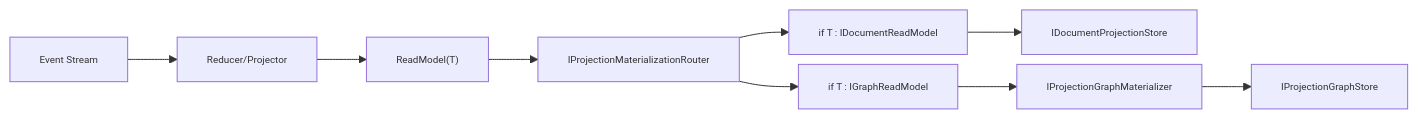
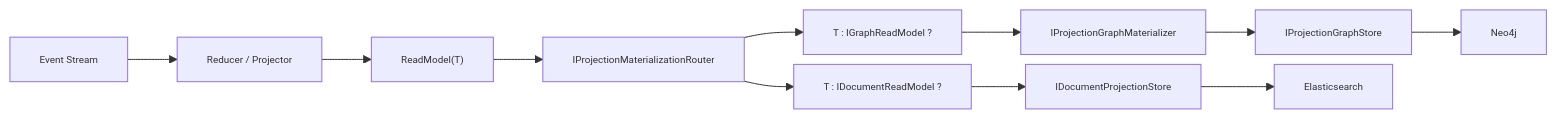
Before and after one commit to aevatarAI/aevatar: the first of 3 diagrams in docs/architecture/projection-readmodel-full-refactor-plan-2026-02-24.md, drawn with Mermaid. The commit also changed other lines of this file and 9 other files, not shown here.

First line of the commit message:
Refactor Neo4j Provider and Update Projection ReadModel Documentation

````diff
--- a/docs/architecture/projection-readmodel-full-refactor-plan-2026-02-24.md
+++ b/docs/architecture/projection-readmodel-full-refactor-plan-2026-02-24.md
@@ -30,14 +19,17 @@
 ```mermaid
 %%{init: {"maxTextSize": 100000, "flowchart": {"useMaxWidth": false, "nodeSpacing": 10, "rankSpacing": 50}, "themeVariables": {"fontSize": "10px"}}}%%
 flowchart LR
-    EVT["Event Stream"] --> RED["Reducer/Projector"]
-    RED --> RM["ReadModel(T)"]
-    RM --> ROUTER["IProjectionMaterializationRouter<T,TKey>"]
+    A["Event Stream"] --> B["Reducer / Projector"]
+    B --> C["ReadModel(T)"]
+    C --> D["IProjectionMaterializationRouter<T,TKey>"]
 
-    ROUTER --> DOC_GATE["if T : IDocumentReadModel"]
-    ROUTER --> GRA_GATE["if T : IGraphReadModel"]
+    D --> E["T : IDocumentReadModel ?"]
+    D --> F["T : IGraphReadModel ?"]
 
-    DOC_GATE --> DOC_STORE["IDocumentProjectionStore<T,TKey>"]
-    GRA_GATE --> GRA_MAT["IProjectionGraphMaterializer<T>"]
-    GRA_MAT --> GRA_STORE["IProjectionGraphStore"]
+    E --> G["IDocumentProjectionStore<T,TKey>"]
+    F --> H["IProjectionGraphMaterializer<T>"]
+    H --> I["IProjectionGraphStore"]
+
+    G --> J["Elasticsearch"]
+    I --> K["Neo4j"]
 ```
````
